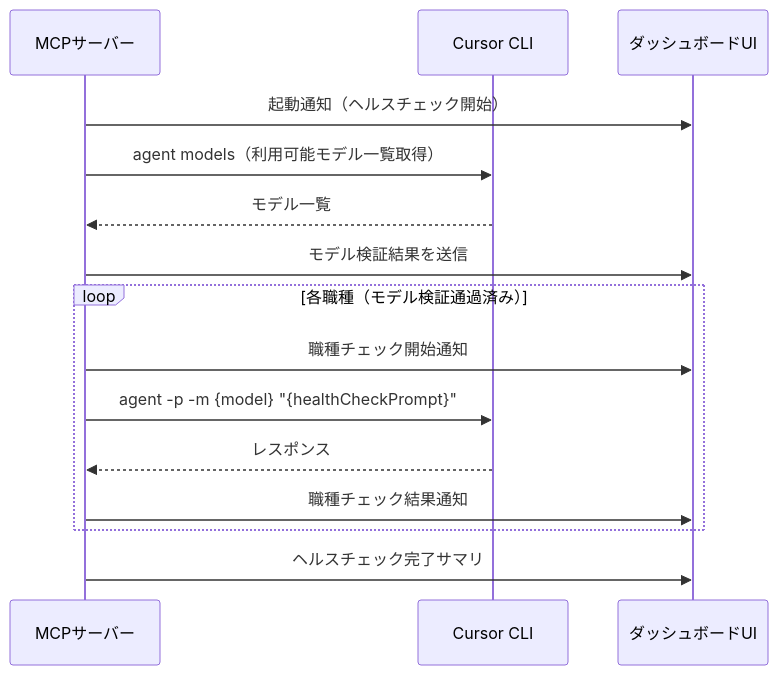
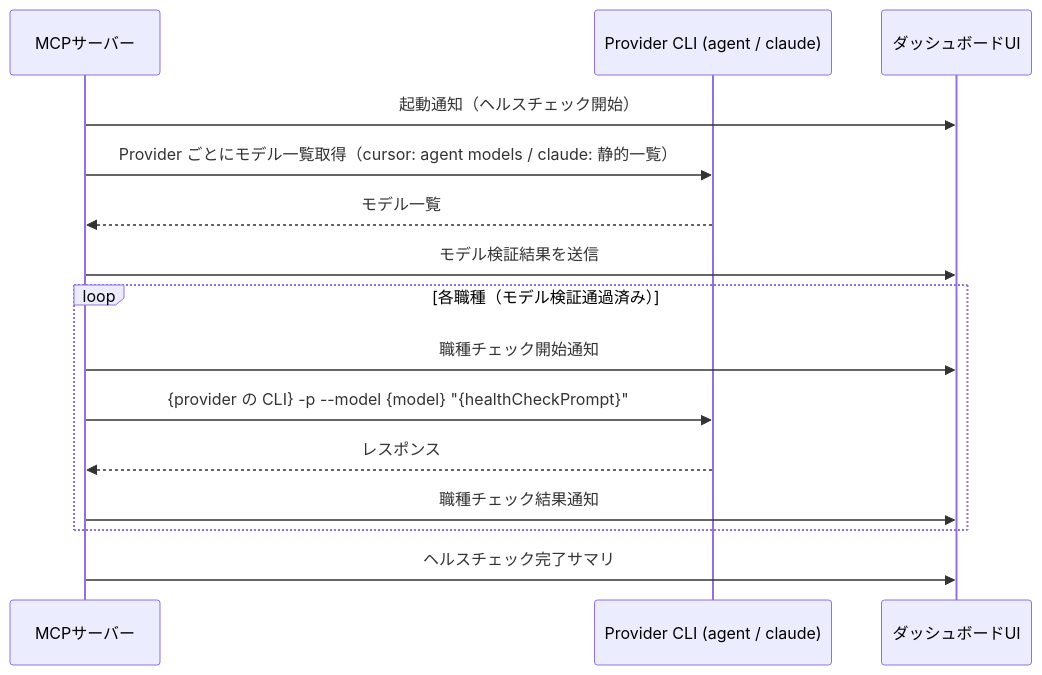
The third of 3 diagrams in docs/spec.md (moritaoy/kuromajutsu), drawn with Mermaid before and after one commit. The commit also changed other lines of this file and 42 other files, not shown here.

First line of the commit message:
feat: Cursor / Claude のマルチ Provider 対応

````diff
--- a/docs/spec.md
+++ b/docs/spec.md
@@ -826,20 +951,20 @@
 ```mermaid
 sequenceDiagram
     participant Server as MCPサーバー
-    participant CLI as Cursor CLI
+    participant CLI as Provider CLI (agent / claude)
     participant UI as ダッシュボードUI
 
     Server->>UI: 起動通知（ヘルスチェック開始）
-    Server->>CLI: agent models（利用可能モデル一覧取得）
+    Server->>CLI: Provider ごとにモデル一覧取得（cursor: agent models / claude: 静的一覧）
     CLI-->>Server: モデル一覧
     Server->>UI: モデル検証結果を送信
 
     loop 各職種（モデル検証通過済み）
         Server->>UI: 職種チェック開始通知
-        Server->>CLI: agent -p -m {model} "{healthCheckPrompt}"
+        Server->>CLI: {provider の CLI} -p --model {model} "{healthCheckPrompt}"
         CLI-->>Server: レスポンス
         Server->>UI: 職種チェック結果通知
     end
 
     Server->>UI: ヘルスチェック完了サマリ
 ```
````
